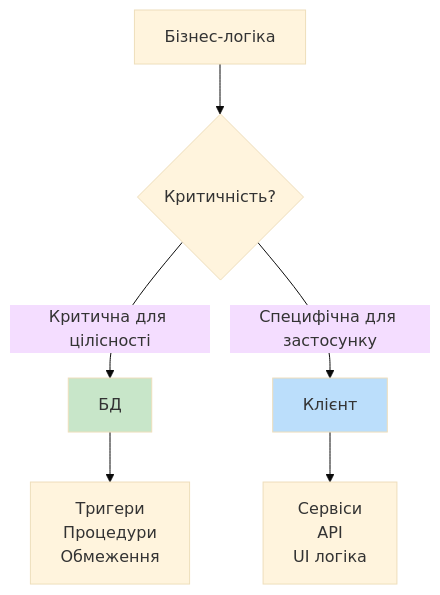
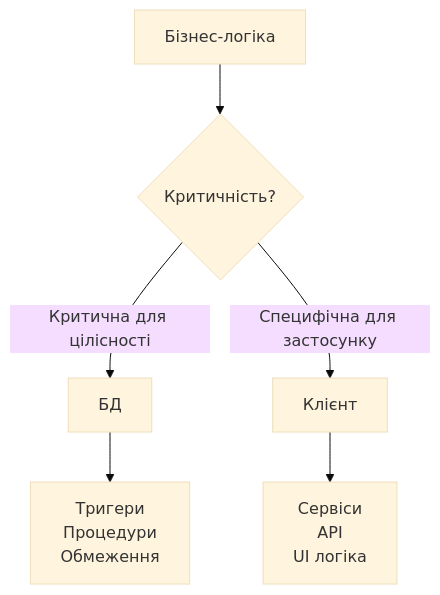
Before and after one commit to olroi421/course-bd: the sixth of 6 diagrams in docs/presentations/presentation-10.md, drawn with Mermaid (base theme). The commit also changed other lines of this file, not shown here.

````diff
--- a/docs/presentations/presentation-10.md
+++ b/docs/presentations/presentation-10.md
@@ -887,13 +876,10 @@
 ```mermaid
 graph TB
     A[Бізнес-логіка] --> B{Критичність?}
 
     B -->|Критична для цілісності| C[БД]
     B -->|Специфічна для застосунку| D[Клієнт]
 
     C --> E[Тригери<br/>Процедури<br/>Обмеження]
     D --> F[Сервіси<br/>API<br/>UI логіка]
-
-    style C fill:#c8e6c9
-    style D fill:#bbdefb
 ```
````
